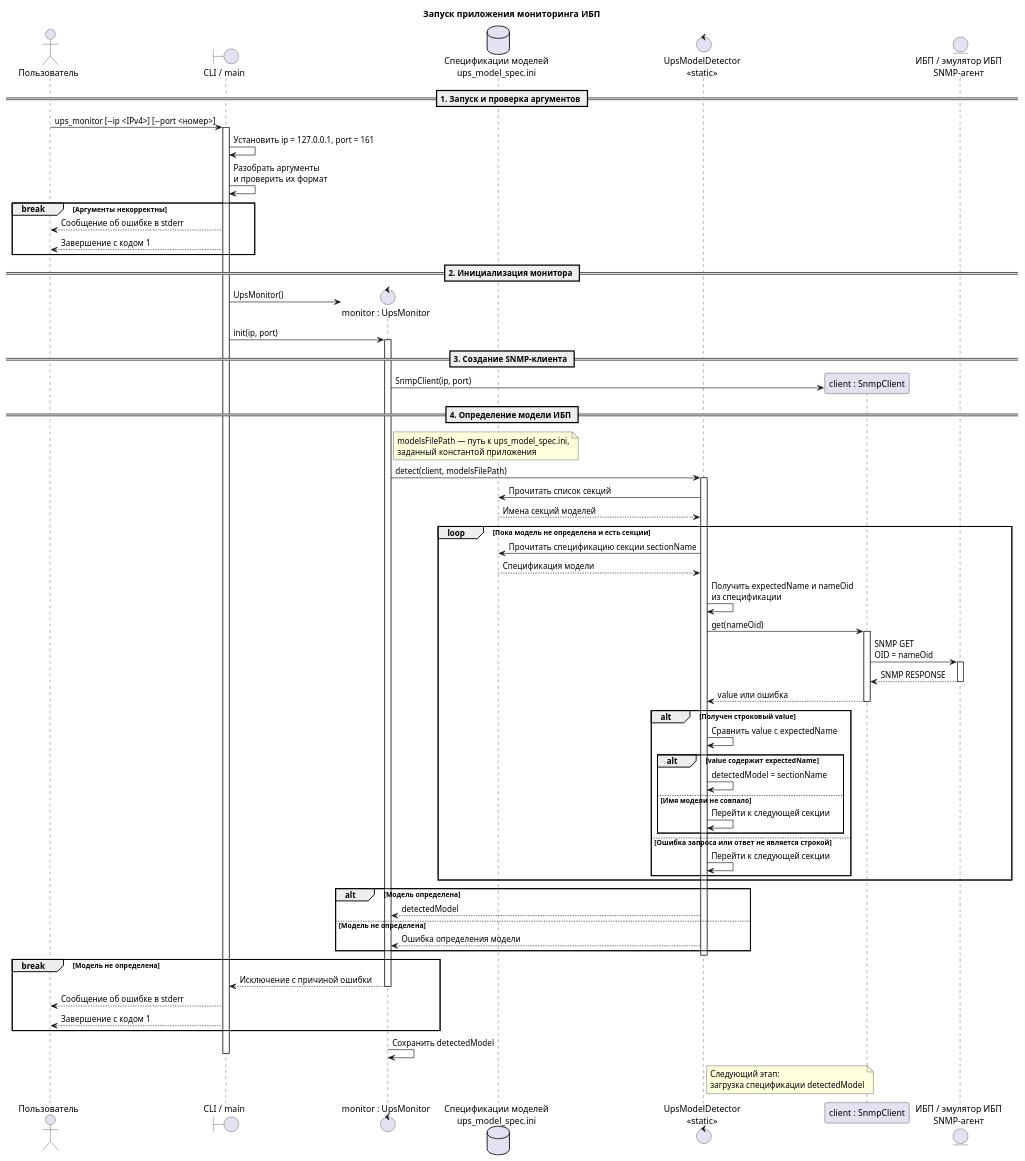
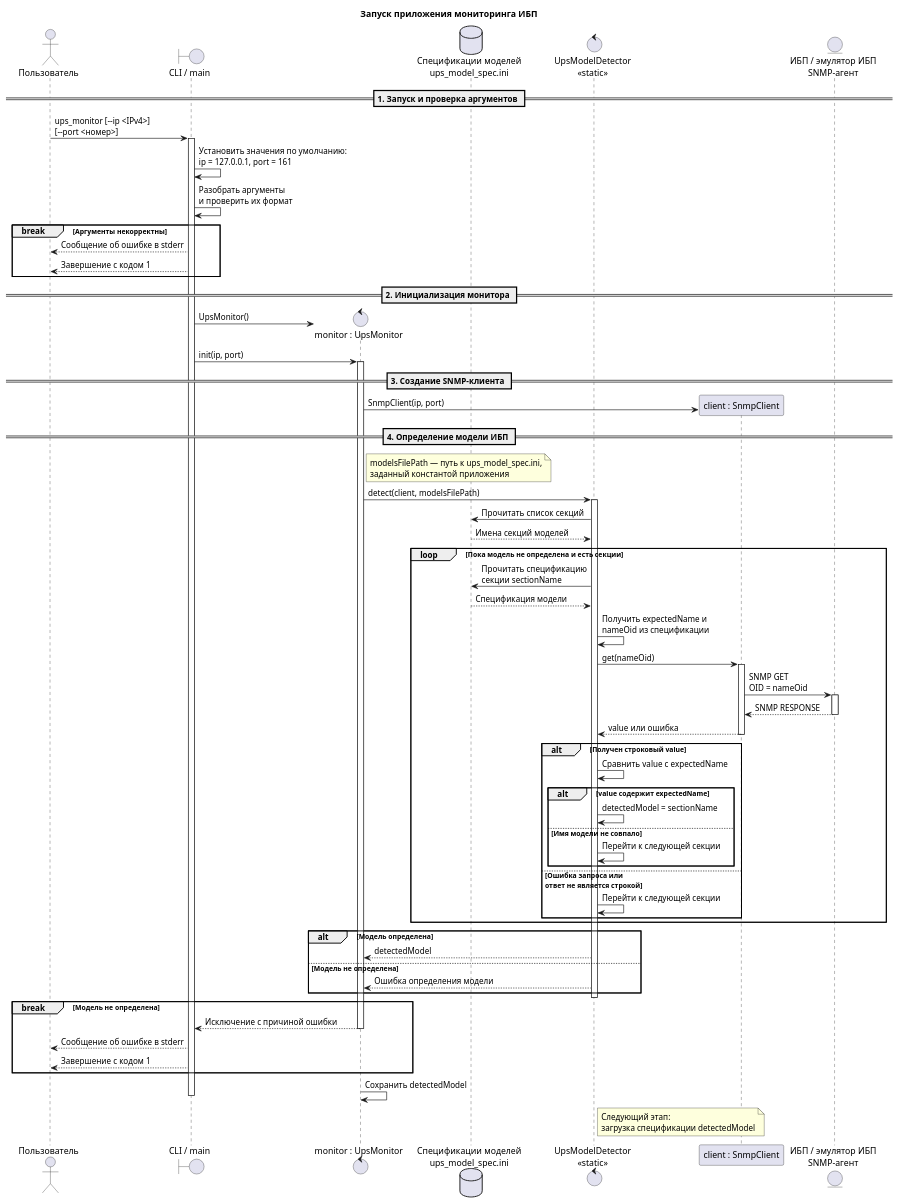
The diagram in docs/technical_specification/sequence_diagram.puml (dvbgmdev-otus/ups_monitor), drawn with PlantUML before and after one commit.

Commit message:
docs(ups): уменьшена ширина диаграммы

```diff
--- a/docs/technical_specification/sequence_diagram.puml
+++ b/docs/technical_specification/sequence_diagram.puml
@@ -1,96 +1,96 @@
 @startuml ups_monitor_sequence
 title Запуск приложения мониторинга ИБП
 
 actor "Пользователь" as User
 boundary "CLI / main" as CLI
 
 == 1. Запуск и проверка аргументов ==
 
-User -> CLI: ups_monitor [~--ip <IPv4>] [~--port <номер>]
+User -> CLI: ups_monitor [~--ip <IPv4>]\n[~--port <номер>]
 activate CLI
 
-CLI -> CLI: Установить ip = 127.0.0.1, port = 161
+CLI -> CLI: Установить значения по умолчанию:\nip = 127.0.0.1, port = 161
 CLI -> CLI: Разобрать аргументы\nи проверить их формат
 
 break Аргументы некорректны
     CLI --> User: Сообщение об ошибке в stderr
     CLI --> User: Завершение с кодом 1
 end
 
 == 2. Инициализация монитора ==
 
 create control "monitor : UpsMonitor" as Monitor
 CLI -> Monitor: UpsMonitor()
 CLI -> Monitor: init(ip, port)
 activate Monitor
 
 database "Спецификации моделей\nups_model_spec.ini" as ModelsDb
 control "UpsModelDetector\n<<static>>" as Detector
 
 == 3. Создание SNMP-клиента ==
 
 create participant "client : SnmpClient" as Snmp
 Monitor -> Snmp: SnmpClient(ip, port)
 entity "ИБП / эмулятор ИБП\nSNMP-агент" as Ups
 
 == 4. Определение модели ИБП ==
 
 note right of Monitor
     modelsFilePath — путь к ups_model_spec.ini,
     заданный константой приложения
 end note
 
 Monitor -> Detector: detect(client, modelsFilePath)
 activate Detector
 Detector -> ModelsDb: Прочитать список секций
 ModelsDb --> Detector: Имена секций моделей
 
 loop Пока модель не определена и есть секции
-    Detector -> ModelsDb: Прочитать спецификацию секции sectionName
+    Detector -> ModelsDb: Прочитать спецификацию\nсекции sectionName
     ModelsDb --> Detector: Спецификация модели
-    Detector -> Detector: Получить expectedName и nameOid\nиз спецификации
+    Detector -> Detector: Получить expectedName и\nnameOid из спецификации
     Detector -> Snmp: get(nameOid)
     activate Snmp
     Snmp -> Ups: SNMP GET\nOID = nameOid
     activate Ups
     Ups --> Snmp: SNMP RESPONSE
     deactivate Ups
     Snmp --> Detector: value или ошибка
     deactivate Snmp
 
     alt Получен строковый value
         Detector -> Detector: Сравнить value с expectedName
 
         alt value содержит expectedName
             Detector -> Detector: detectedModel = sectionName
         else Имя модели не совпало
             Detector -> Detector: Перейти к следующей секции
         end
-    else Ошибка запроса или ответ не является строкой
+    else Ошибка запроса или\nответ не является строкой
         Detector -> Detector: Перейти к следующей секции
     end
 end
 
 alt Модель определена
     Detector --> Monitor: detectedModel
 else Модель не определена
     Detector --> Monitor: Ошибка определения модели
 end
 deactivate Detector
 
 break Модель не определена
     Monitor --> CLI: Исключение с причиной ошибки
     deactivate Monitor
     CLI --> User: Сообщение об ошибке в stderr
     CLI --> User: Завершение с кодом 1
 end
 
 Monitor -> Monitor: Сохранить detectedModel
 
 note right of Detector
     Следующий этап:
     загрузка спецификации detectedModel
 end note
 
 deactivate CLI
 @enduml
```
